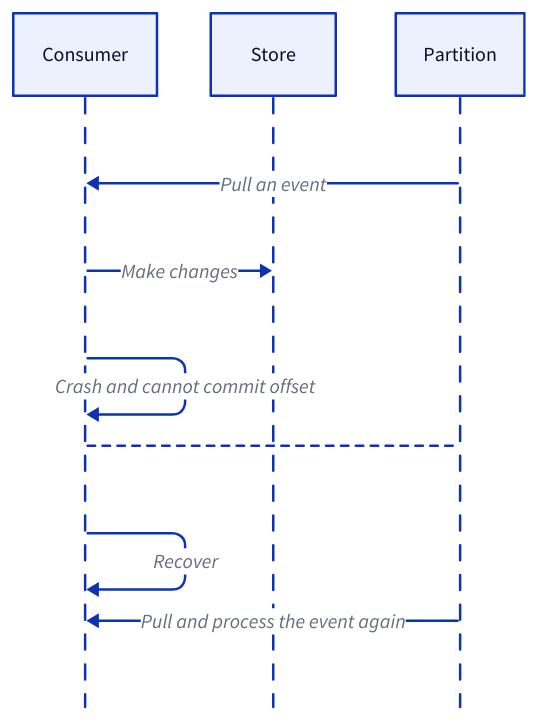
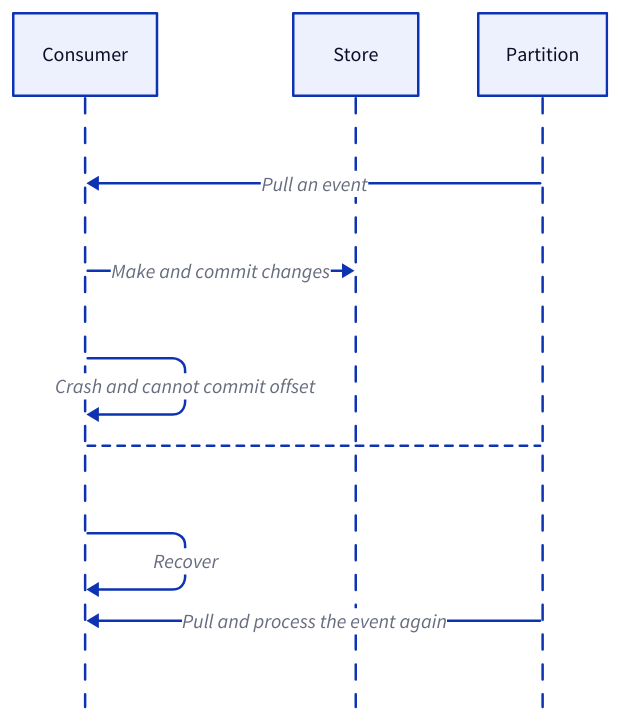
One commit to link1905/system-design-101 changed the first of 14 diagrams in content/docs/data-persistence/event-streaming-platform/delivery-semantics.md. Above: the diagram before and after it, drawn with D2. The commit also changed other lines of this file and 49 other files, not shown here.

````diff
--- a/content/docs/data-persistence/event-streaming-platform/delivery-semantics.md
+++ b/content/docs/data-persistence/event-streaming-platform/delivery-semantics.md
@@ -13,24 +15,24 @@
 ```d2
 shape: sequence_diagram
 c: Consumer {
   class: server
 }
 d: Store {
   class: db
 }
 e: Partition {
   class: mq
 }
 c <- e: Pull an event
-c -> d: Make changes
+c -> d: Make and commit changes
 c -> c: Crash and cannot commit offset {
   class: error-conn
 }
 c -- e {
   style.stroke-dash: 3
 }
 c -> c: Recover
 c <- e: Pull and process the event again {
   class: error-conn
 }
 ```
````
